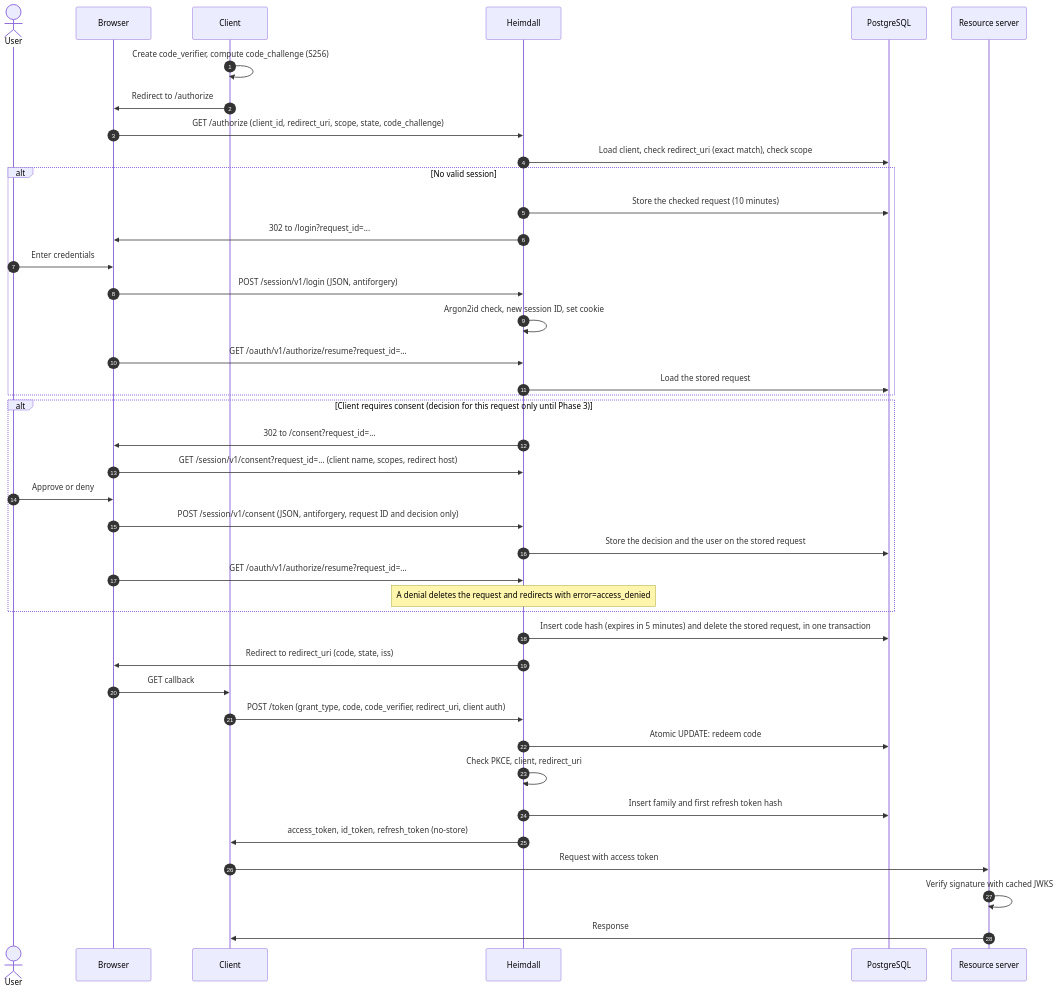
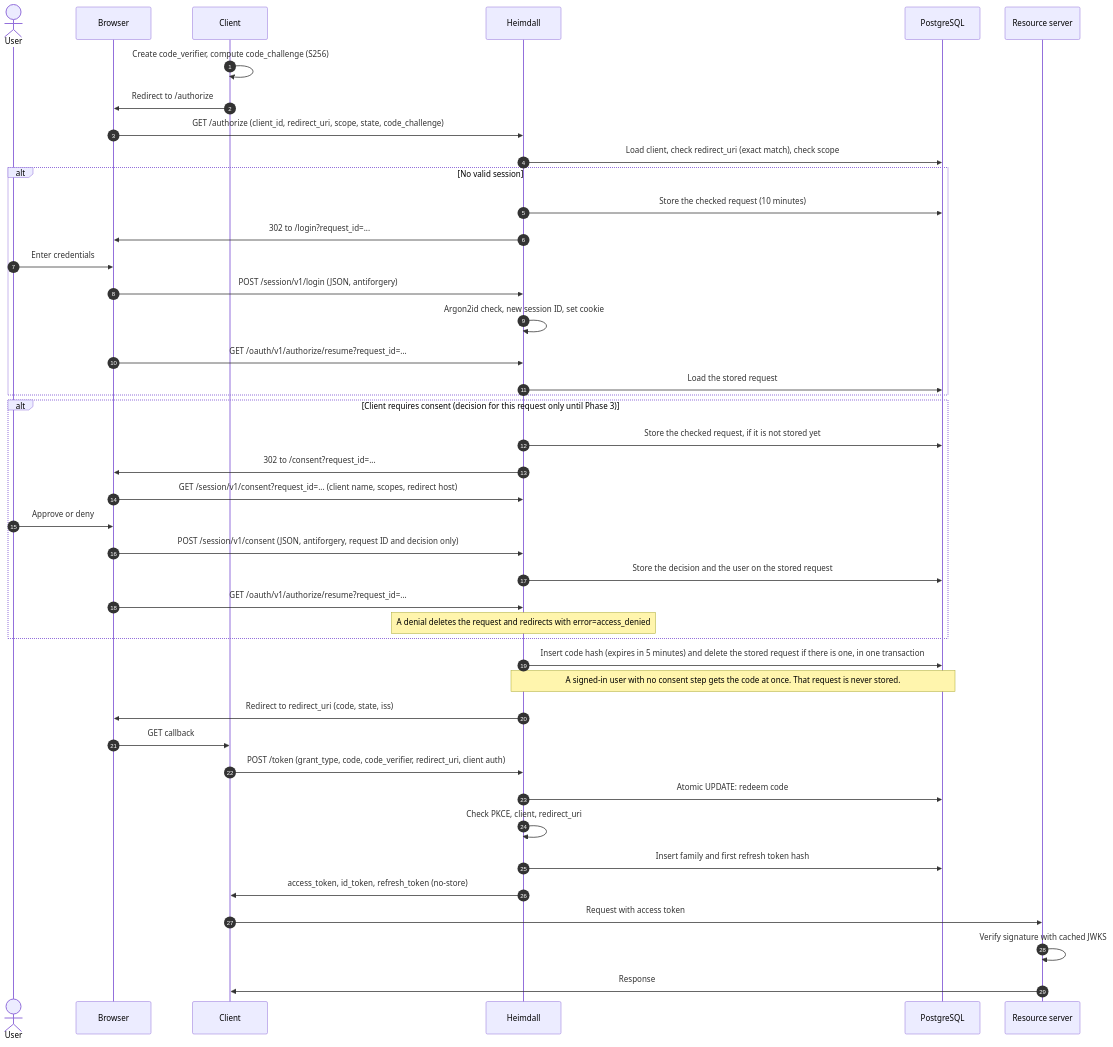
Before and after one commit to Parth2500/heimdall-idp: the first of 2 diagrams in docs/diagrams/02-authorization-code-flow.md, drawn with Mermaid. The commit also changed 11 other files, not shown here.

````diff
--- a/docs/diagrams/02-authorization-code-flow.md
+++ b/docs/diagrams/02-authorization-code-flow.md
@@ -5,44 +5,46 @@
 ```mermaid
 sequenceDiagram
     autonumber
     actor U as User
     participant B as Browser
     participant C as Client
     participant H as Heimdall
     participant DB as PostgreSQL
     participant R as Resource server
 
     C->>C: Create code_verifier, compute code_challenge (S256)
     C->>B: Redirect to /authorize
     B->>H: GET /authorize (client_id, redirect_uri, scope, state, code_challenge)
     H->>DB: Load client, check redirect_uri (exact match), check scope
     alt No valid session
         H->>DB: Store the checked request (10 minutes)
         H->>B: 302 to /login?request_id=...
         U->>B: Enter credentials
         B->>H: POST /session/v1/login (JSON, antiforgery)
         H->>H: Argon2id check, new session ID, set cookie
         B->>H: GET /oauth/v1/authorize/resume?request_id=...
         H->>DB: Load the stored request
     end
     alt Client requires consent (decision for this request only until Phase 3)
+        H->>DB: Store the checked request, if it is not stored yet
         H->>B: 302 to /consent?request_id=...
         B->>H: GET /session/v1/consent?request_id=... (client name, scopes, redirect host)
         U->>B: Approve or deny
         B->>H: POST /session/v1/consent (JSON, antiforgery, request ID and decision only)
         H->>DB: Store the decision and the user on the stored request
         B->>H: GET /oauth/v1/authorize/resume?request_id=...
         Note over H: A denial deletes the request and redirects with error=access_denied
     end
-    H->>DB: Insert code hash (expires in 5 minutes) and delete the stored request, in one transaction
+    H->>DB: Insert code hash (expires in 5 minutes) and delete the stored request if there is one, in one transaction
+    Note over H,DB: A signed-in user with no consent step gets the code at once. That request is never stored.
     H->>B: Redirect to redirect_uri (code, state, iss)
     B->>C: GET callback
     C->>H: POST /token (grant_type, code, code_verifier, redirect_uri, client auth)
     H->>DB: Atomic UPDATE: redeem code
     H->>H: Check PKCE, client, redirect_uri
     H->>DB: Insert family and first refresh token hash
     H->>C: access_token, id_token, refresh_token (no-store)
     C->>R: Request with access token
     R->>R: Verify signature with cached JWKS
     R->>C: Response
 ```
````
